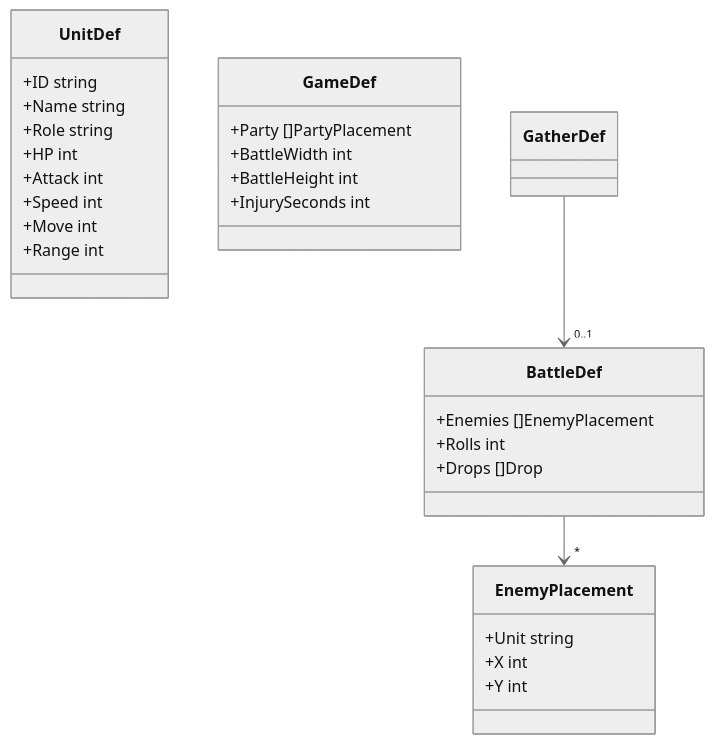
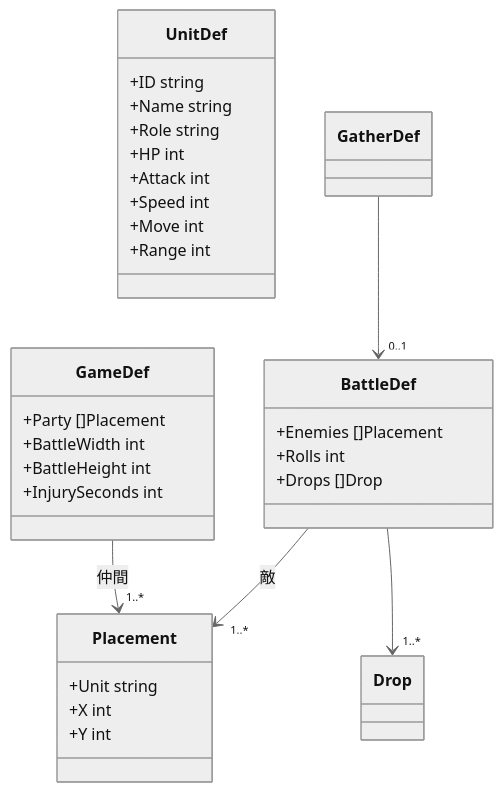
One commit to sakana396/fushigi_renkin changed the second of 4 diagrams in docs/03_design/design-it03.md. Above: the diagram before and after it, drawn with Mermaid (neutral theme). The commit also changed other lines of this file and 2 other files, not shown here.

````diff
--- a/docs/03_design/design-it03.md
+++ b/docs/03_design/design-it03.md
@@ -83,31 +97,33 @@
 ```mermaid
 classDiagram
   class UnitDef {
     +ID string
     +Name string
     +Role string
     +HP int
     +Attack int
     +Speed int
     +Move int
     +Range int
   }
   class BattleDef {
-    +Enemies []EnemyPlacement
+    +Enemies []Placement
     +Rolls int
     +Drops []Drop
   }
-  class EnemyPlacement {
+  class Placement {
     +Unit string
     +X int
     +Y int
   }
   class GameDef {
-    +Party []PartyPlacement
+    +Party []Placement
     +BattleWidth int
     +BattleHeight int
     +InjurySeconds int
   }
   GatherDef --> "0..1" BattleDef
-  BattleDef --> "*" EnemyPlacement
+  BattleDef --> "1..*" Placement : 敵
+  GameDef --> "1..*" Placement : 仲間
+  BattleDef --> "1..*" Drop
 ```
````
